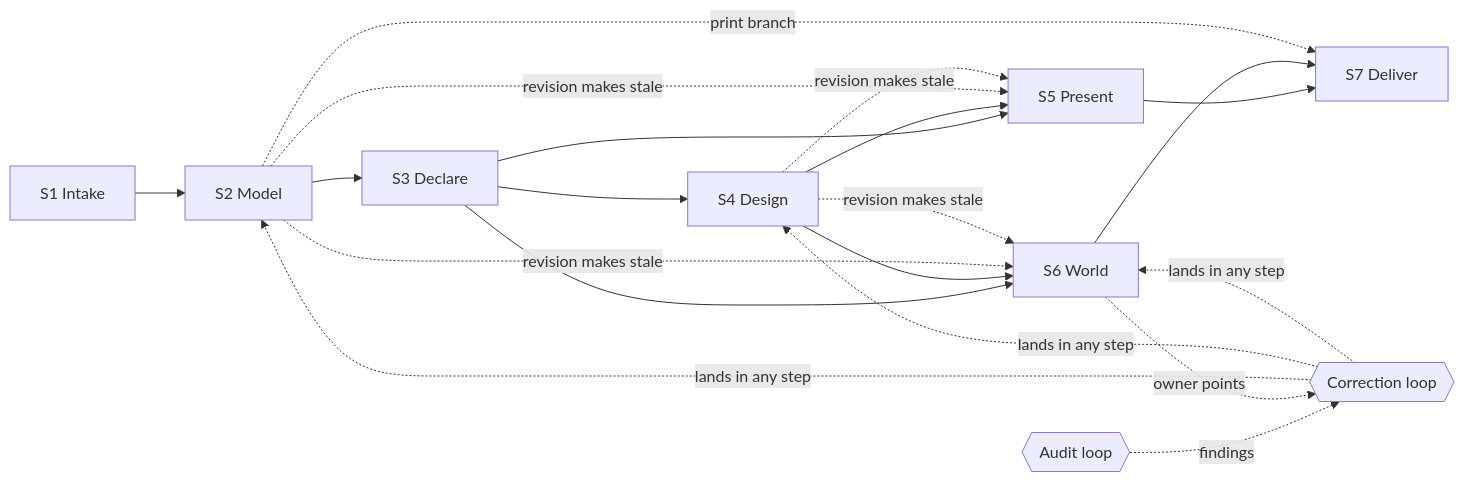
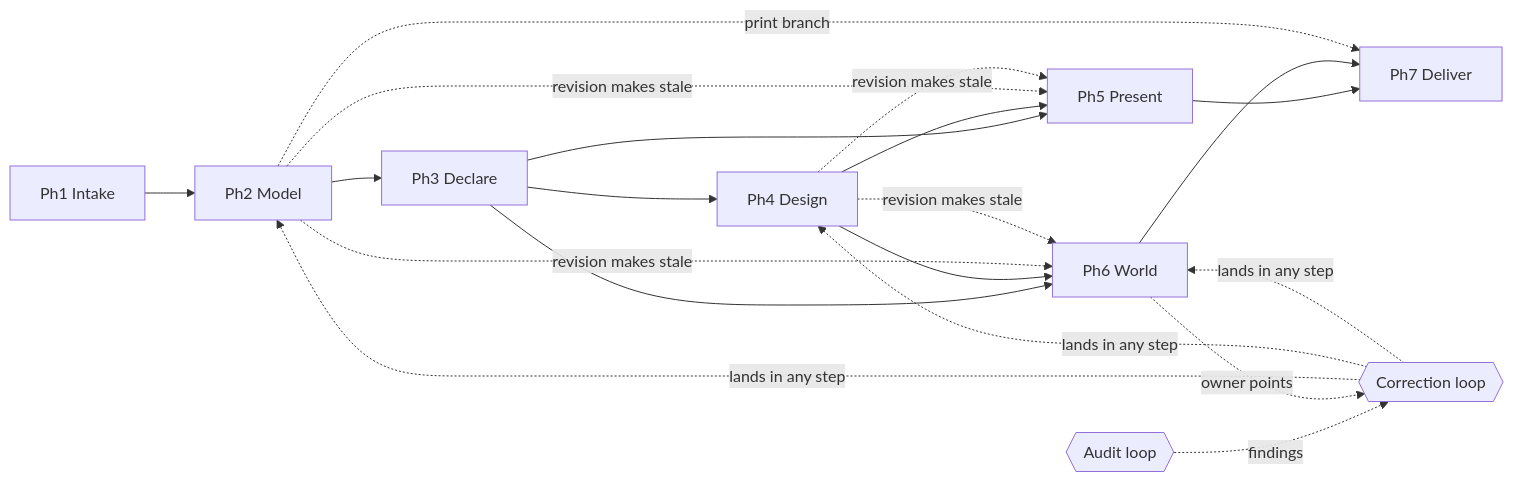
The diagram in docs/research/DN-workflow-shape.md (anthill-tec/parti), drawn with Mermaid before and after one commit. The commit also changed other lines of this file and 4 other files, not shown here.

Commit message:
docs: D26 the workflow's shape (owner) - phases, step kinds, step cycle, gate kinds, correction and audit loops, variants; workflow definition and run; LangGraph mapping; FR-WF-11..14; Architecture §4 and §10, glossary, DNs updated; provisional while the prototype runs

````diff
--- a/docs/research/DN-workflow-shape.md
+++ b/docs/research/DN-workflow-shape.md
@@ -121,16 +122,16 @@
 ```mermaid
 flowchart LR
-  S1[S1 Intake] --> S2[S2 Model] --> S3[S3 Declare] --> S4[S4 Design]
-  S3 --> S5[S5 Present]
-  S4 --> S5
-  S3 --> S6[S6 World]
-  S4 --> S6
-  S5 --> S7[S7 Deliver]
-  S6 --> S7
-  S2 -. print branch .-> S7
-  C{{Correction loop}} -. lands in any step .-> S2 & S4 & S6
+  Ph1[Ph1 Intake] --> Ph2[Ph2 Model] --> Ph3[Ph3 Declare] --> Ph4[Ph4 Design]
+  Ph3 --> Ph5[Ph5 Present]
+  Ph4 --> Ph5
+  Ph3 --> Ph6[Ph6 World]
+  Ph4 --> Ph6
+  Ph5 --> Ph7[Ph7 Deliver]
+  Ph6 --> Ph7
+  Ph2 -. print branch .-> Ph7
+  C{{Correction loop}} -. lands in any step .-> Ph2 & Ph4 & Ph6
   A{{Audit loop}} -. findings .-> C
-  S6 -. owner points .-> C
-  S2 -. revision makes stale .-> S5 & S6
-  S4 -. revision makes stale .-> S5 & S6
+  Ph6 -. owner points .-> C
+  Ph2 -. revision makes stale .-> Ph5 & Ph6
+  Ph4 -. revision makes stale .-> Ph5 & Ph6
 ```
````
